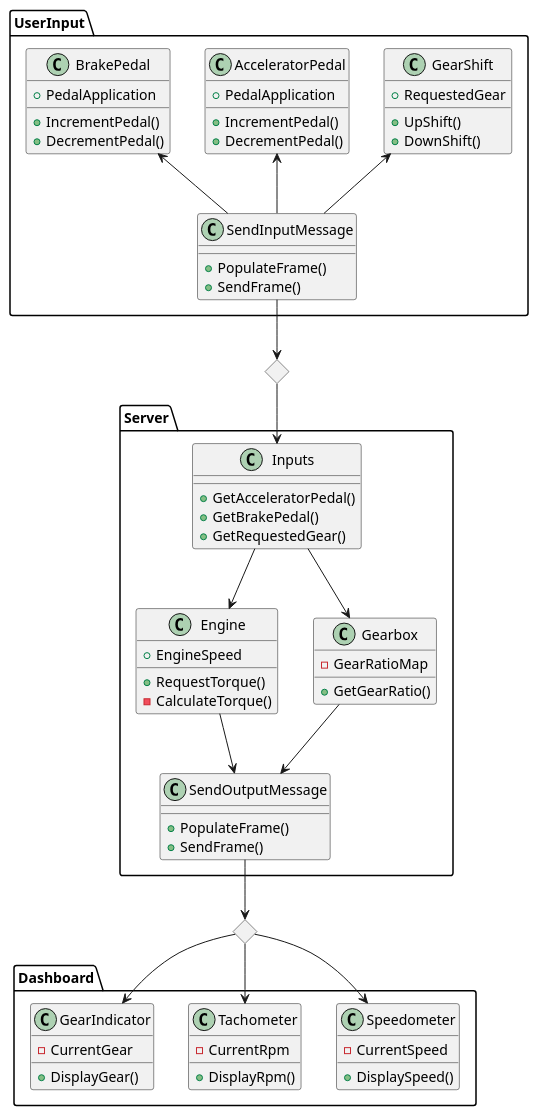
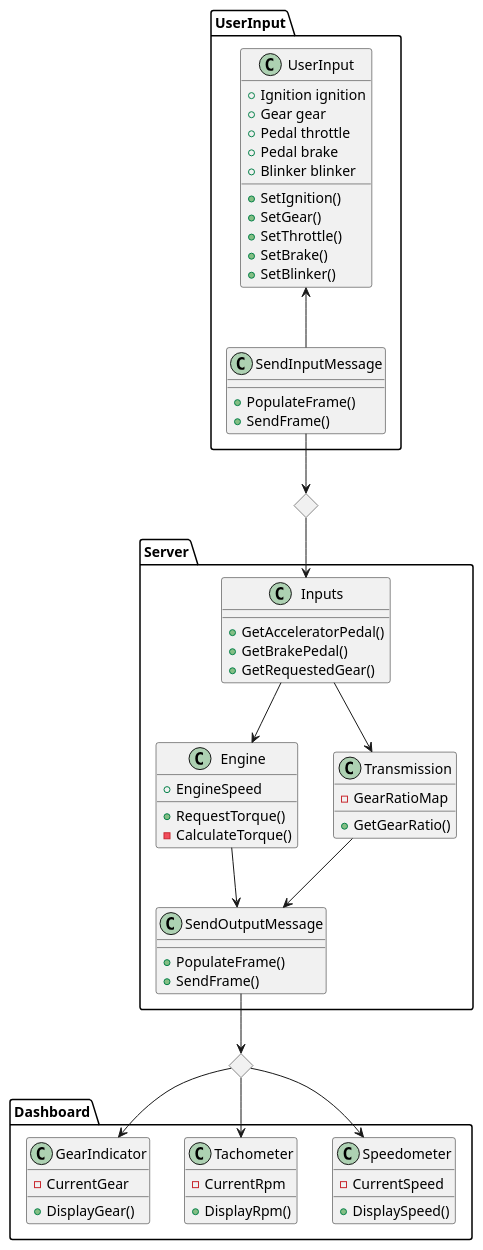
The diagram in UserInput/doc/class.plantuml (muncausen/BootCampMidTermLab), drawn with PlantUML before and after one commit. The commit also changed 5 other files, not shown here.

Commit message:
Convert namespaces to enums, update class diagram

```diff
--- a/UserInput/doc/class.plantuml
+++ b/UserInput/doc/class.plantuml
@@ -1,78 +1,73 @@
 @startuml classes
 
 diamond InputFrame
 diamond OutputFrame
 
 package UserInput {
-    class BrakePedal {
-        + PedalApplication
-        + IncrementPedal()
-        + DecrementPedal()
-    }
-    class AcceleratorPedal {
-        + PedalApplication
-        + IncrementPedal()
-        + DecrementPedal()
-    }
-    class GearShift {
-        + RequestedGear
-        + UpShift()
-        + DownShift()
+    class UserInput {
+        + Ignition ignition
+        + Gear gear
+        + Pedal throttle
+        + Pedal brake
+        + Blinker blinker
+        + SetIgnition()
+        + SetGear()
+        + SetThrottle()
+        + SetBrake()
+        + SetBlinker()
     }
     class SendInputMessage {
         + PopulateFrame()
         + SendFrame()
     }
-    SendInputMessage -up-> BrakePedal
-    SendInputMessage -up-> AcceleratorPedal
-    SendInputMessage -up-> GearShift
+    SendInputMessage -up-> UserInput
 }
 
 package Server {
     class Inputs {
         + GetAcceleratorPedal()
         + GetBrakePedal()
         + GetRequestedGear()
     }
     class SendOutputMessage {
         + PopulateFrame()
         + SendFrame()
     }
     class Engine {
         + EngineSpeed
         + RequestTorque()
         - CalculateTorque()
     }
-    class Gearbox {
+    class Transmission {
         - GearRatioMap
         + GetGearRatio()
     }
 }
 
 package Dashboard {
     class Speedometer {
         - CurrentSpeed
         + DisplaySpeed()
     }
     class Tachometer {
         - CurrentRpm
         + DisplayRpm()
     }
     class GearIndicator {
         - CurrentGear
         + DisplayGear()
     }
 }
 
 SendInputMessage --> InputFrame
 InputFrame --> Inputs
 Inputs --> Engine
-Inputs --> Gearbox
+Inputs --> Transmission
 Engine --> SendOutputMessage
-Gearbox --> SendOutputMessage
+Transmission --> SendOutputMessage
 SendOutputMessage --> OutputFrame
 OutputFrame --> Speedometer
 OutputFrame --> Tachometer
 OutputFrame --> GearIndicator
 
 @enduml
```
